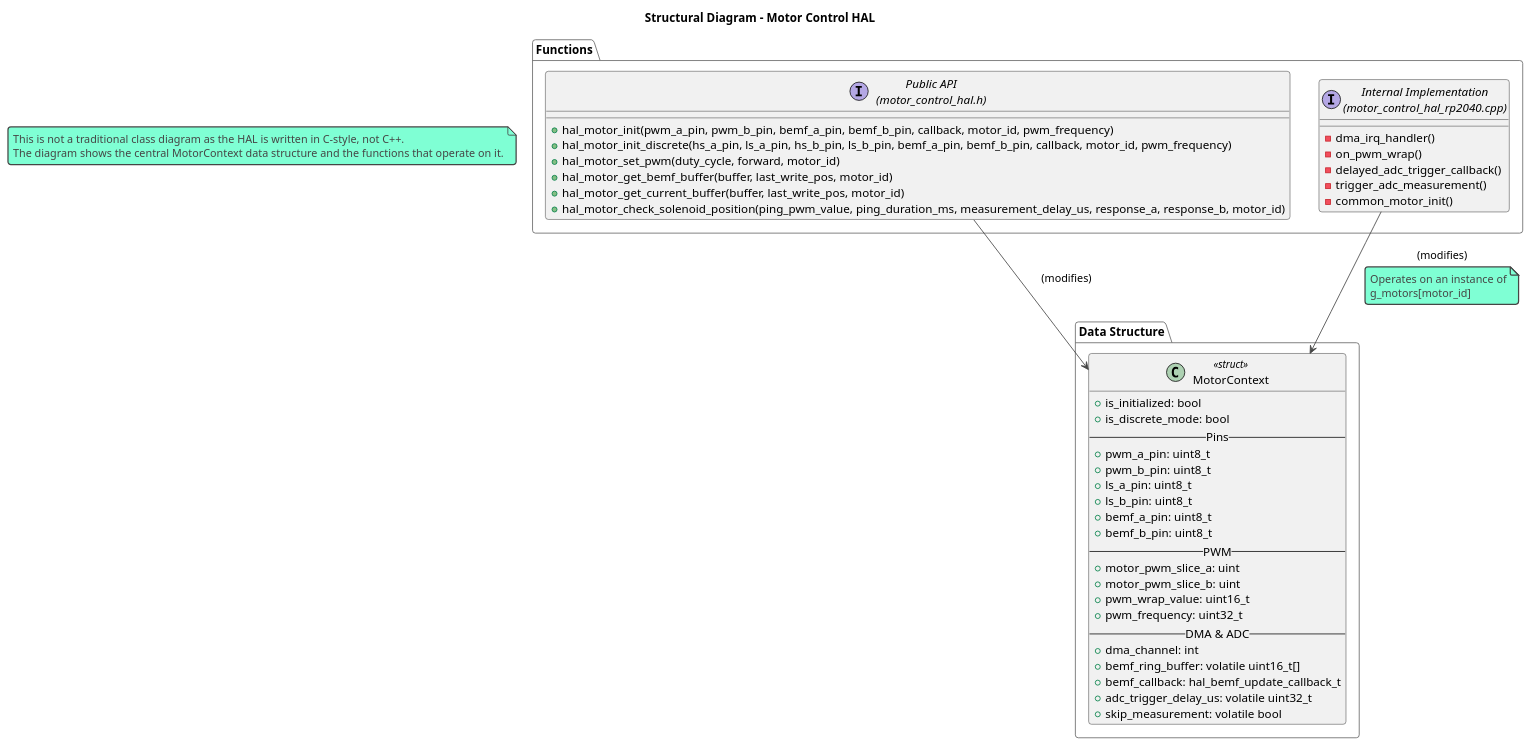
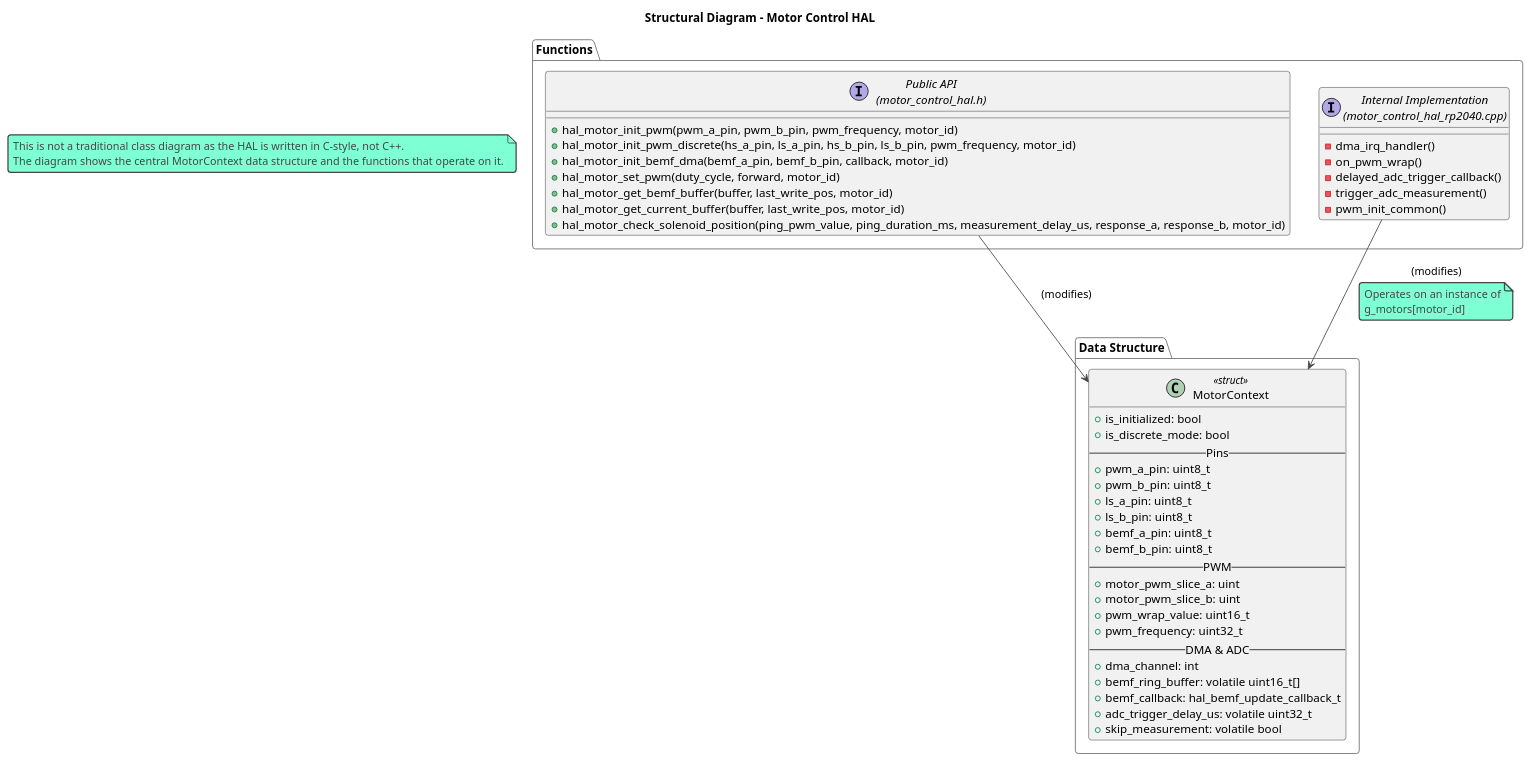
One commit to chatelao/xDuinoRails_MotorControl_bEMF changed the diagram in arch/class_diagram.puml. Above: the diagram before and after it, drawn with PlantUML.

Commit message:
Docs: Update class diagram to match source
The PlantUML class diagram in `arch/class_diagram.puml` was outdated.

This commit updates the diagram to accurately reflect the current C-style API:
- Replaces the incorrect, monolithic `hal_motor_init` functions with the actual, separated `hal_motor_init_pwm`, `hal_motor_init_pwm_discrete`, and `hal_motor_init_bemf_dma` functions.
- Renames the internal function `common_motor_init()` to `pwm_init_common()` to match the RP2040 implementation.

```diff
--- a/arch/class_diagram.puml
+++ b/arch/class_diagram.puml
@@ -1,64 +1,65 @@
 @startuml class_diagram
 
 !theme vibrant
 
 title Structural Diagram - Motor Control HAL
 
 note as N1
   This is not a traditional class diagram as the HAL is written in C-style, not C++.
   The diagram shows the central MotorContext data structure and the functions that operate on it.
 end note
 
 package "Data Structure" {
   class MotorContext <<struct>> {
     + is_initialized: bool
     + is_discrete_mode: bool
     -- Pins --
     + pwm_a_pin: uint8_t
     + pwm_b_pin: uint8_t
     + ls_a_pin: uint8_t
     + ls_b_pin: uint8_t
     + bemf_a_pin: uint8_t
     + bemf_b_pin: uint8_t
     -- PWM --
     + motor_pwm_slice_a: uint
     + motor_pwm_slice_b: uint
     + pwm_wrap_value: uint16_t
     + pwm_frequency: uint32_t
     -- DMA & ADC --
     + dma_channel: int
     + bemf_ring_buffer: volatile uint16_t[]
     + bemf_callback: hal_bemf_update_callback_t
     + adc_trigger_delay_us: volatile uint32_t
     + skip_measurement: volatile bool
   }
 }
 
 package "Functions" {
   interface "Public API\n(motor_control_hal.h)" as PublicAPI {
-    + hal_motor_init(pwm_a_pin, pwm_b_pin, bemf_a_pin, bemf_b_pin, callback, motor_id, pwm_frequency)
-    + hal_motor_init_discrete(hs_a_pin, ls_a_pin, hs_b_pin, ls_b_pin, bemf_a_pin, bemf_b_pin, callback, motor_id, pwm_frequency)
+    + hal_motor_init_pwm(pwm_a_pin, pwm_b_pin, pwm_frequency, motor_id)
+    + hal_motor_init_pwm_discrete(hs_a_pin, ls_a_pin, hs_b_pin, ls_b_pin, pwm_frequency, motor_id)
+    + hal_motor_init_bemf_dma(bemf_a_pin, bemf_b_pin, callback, motor_id)
     + hal_motor_set_pwm(duty_cycle, forward, motor_id)
     + hal_motor_get_bemf_buffer(buffer, last_write_pos, motor_id)
     + hal_motor_get_current_buffer(buffer, last_write_pos, motor_id)
     + hal_motor_check_solenoid_position(ping_pwm_value, ping_duration_ms, measurement_delay_us, response_a, response_b, motor_id)
   }
 
   interface "Internal Implementation\n(motor_control_hal_rp2040.cpp)" as InternalImpl {
     - dma_irq_handler()
     - on_pwm_wrap()
     - delayed_adc_trigger_callback()
     - trigger_adc_measurement()
-    - common_motor_init()
+    - pwm_init_common()
   }
 }
 
 PublicAPI --> MotorContext : (modifies)
 InternalImpl --> MotorContext : (modifies)
 
 note on link
   Operates on an instance of
   g_motors[motor_id]
 end note
 
 @enduml
```
